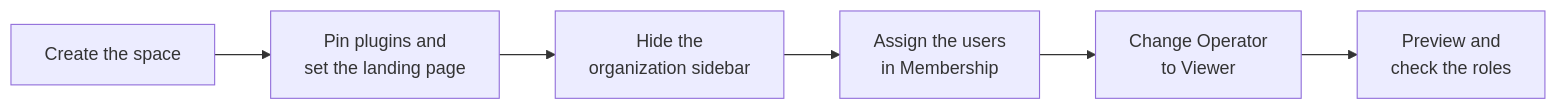
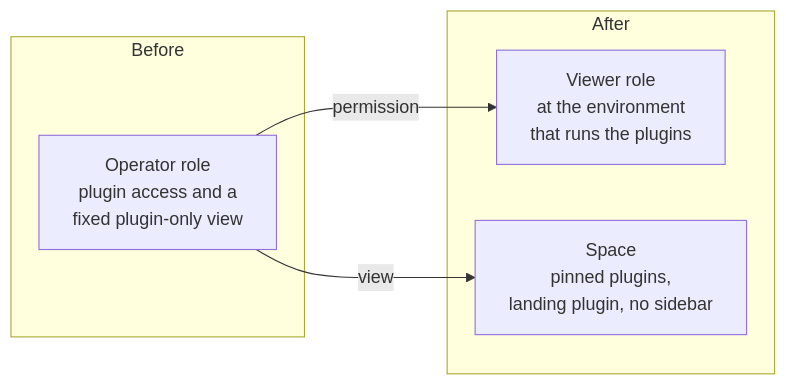
The diagram in docs/quix-cloud/spaces/replace-operator-role.md (quixio/quix-docs), drawn with Mermaid before and after one commit. The commit also changed other lines of this file and 8 other files, not shown here.

````diff
--- a/docs/quix-cloud/spaces/replace-operator-role.md
+++ b/docs/quix-cloud/spaces/replace-operator-role.md
@@ -61,8 +28,12 @@
 ```mermaid
 flowchart LR
-    A["Create the space"] --> B["Pin plugins and<br/>set the landing page"]
-    B --> C["Hide the<br/>organization sidebar"]
-    C --> D["Assign the users<br/>in Membership"]
-    D --> E["Change Operator<br/>to Viewer"]
-    E --> F["Preview and<br/>check the roles"]
+    subgraph Before
+        O["Operator role<br/>plugin access and a<br/>fixed plugin-only view"]
+    end
+    subgraph After
+        V["Viewer role<br/>at the environment<br/>that runs the plugins"]
+        S["Space<br/>pinned plugins,<br/>landing plugin, no sidebar"]
+    end
+    O -->|"permission"| V
+    O -->|"view"| S
 ```
````
